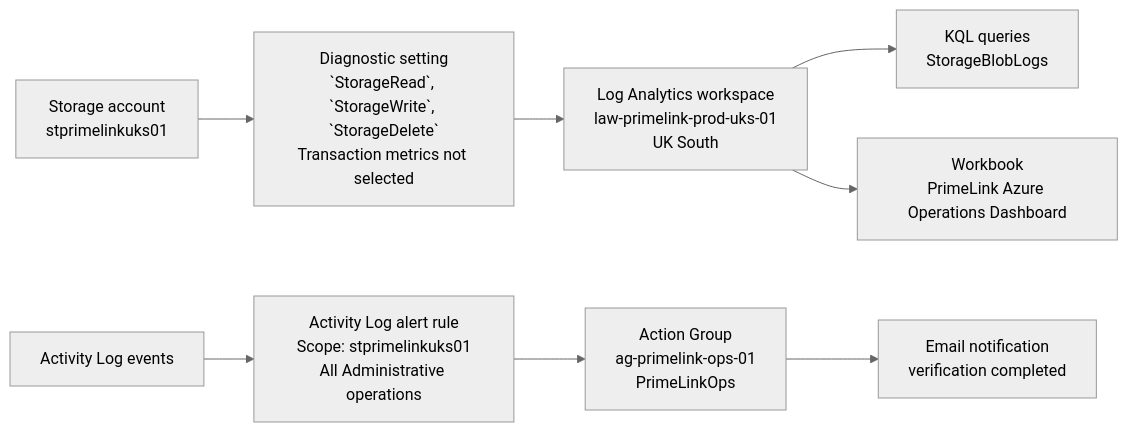
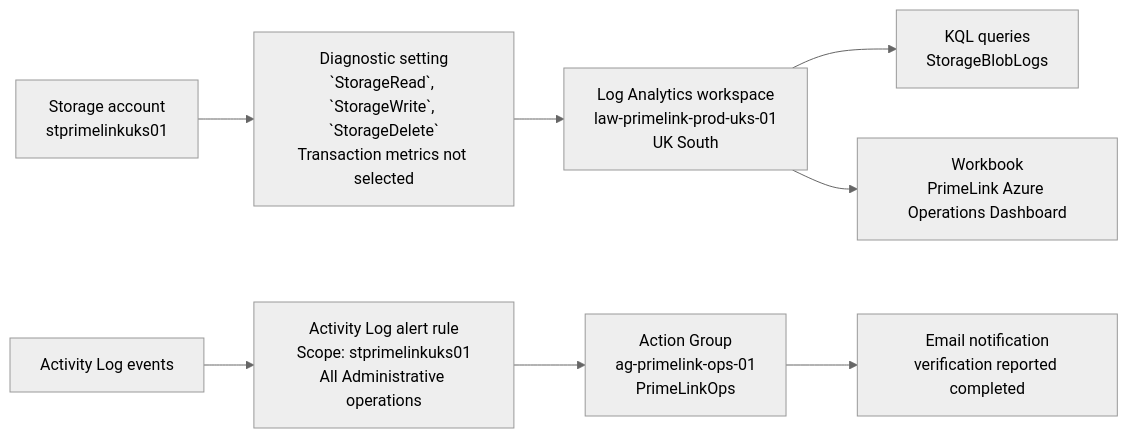
One commit to Hafeez070/Azure-Administrator-Portfolio changed the diagram in 08-Enterprise-Azure-Monitoring-and-Operations/README.md. Above: the diagram before and after it, drawn with Mermaid (neutral theme). The commit also changed other lines of this file, not shown here.

````diff
--- a/08-Enterprise-Azure-Monitoring-and-Operations/README.md
+++ b/08-Enterprise-Azure-Monitoring-and-Operations/README.md
@@ -58,18 +58,18 @@
 ```mermaid
 flowchart LR
     SA[Storage account<br/>stprimelinkuks01]
     DS[Diagnostic setting<br/>`StorageRead`, `StorageWrite`, `StorageDelete`<br/>Transaction metrics not selected]
     LAW[Log Analytics workspace<br/>law-primelink-prod-uks-01<br/>UK South]
     KQL[KQL queries<br/>StorageBlobLogs]
     WB[Workbook<br/>PrimeLink Azure Operations Dashboard]
 
     AL[Activity Log events]
     AR[Activity Log alert rule<br/>Scope: stprimelinkuks01<br/>All Administrative operations]
     AG[Action Group<br/>ag-primelink-ops-01<br/>PrimeLinkOps]
-    EMAIL[Email notification<br/>verification completed]
+    EMAIL[Email notification<br/>verification reported completed]
 
     SA --> DS --> LAW
     LAW --> KQL
     LAW --> WB
     AL --> AR --> AG --> EMAIL
 ```
````
